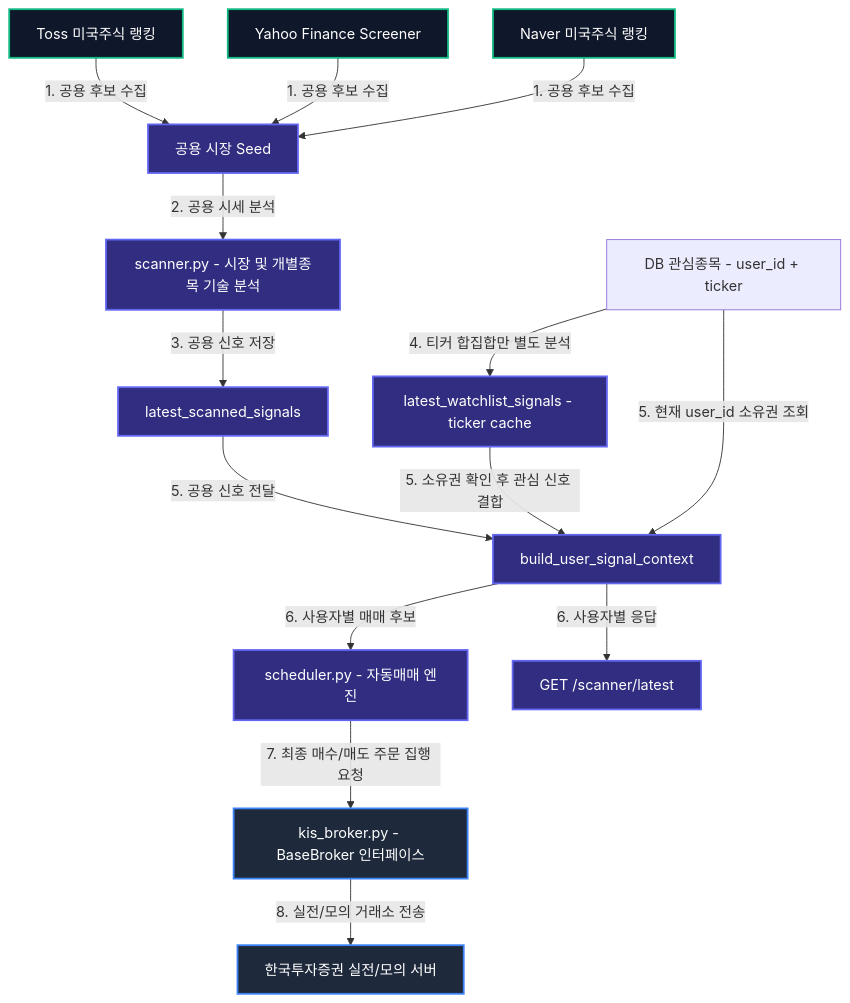
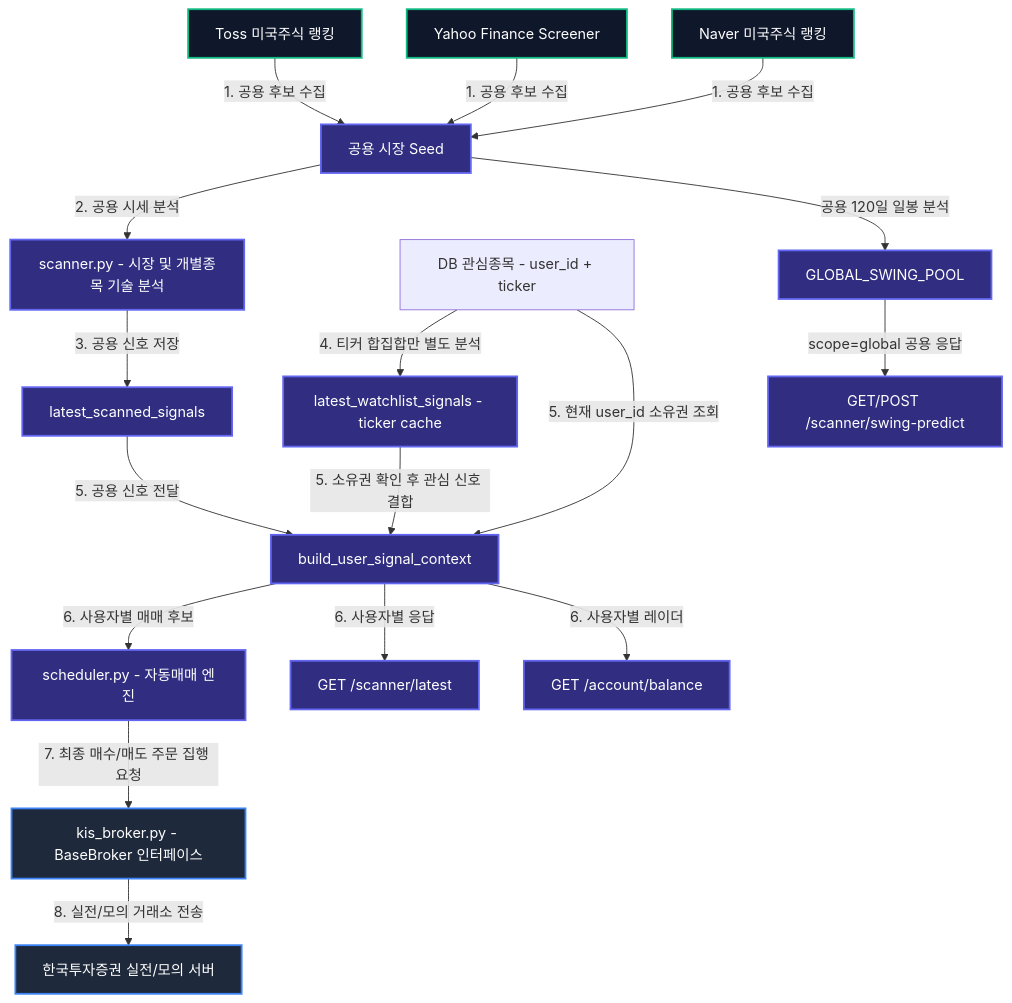
The third of 5 diagrams in docs/SYSTEM_MANUAL.md (CarpediemBDev/stockAuto), drawn with Mermaid before and after one commit. The commit also changed other lines of this file and 21 other files, not shown here.

````diff
--- a/docs/SYSTEM_MANUAL.md
+++ b/docs/SYSTEM_MANUAL.md
@@ -433,53 +433,59 @@
 ```mermaid
 
 graph TD
 
     %% Styling Definitions
 
     classDef kis fill:#1E293B,stroke:#3B82F6,stroke-width:2px,color:#fff;
 
     classDef yf fill:#0F172A,stroke:#10B981,stroke-width:2px,color:#fff;
 
     classDef scan fill:#312E81,stroke:#6366F1,stroke-width:2px,color:#fff;
 
     classDef flow fill:#451A03,stroke:#F59E0B,stroke-width:2px,color:#fff;
 
 
 
     Toss["Toss 미국주식 랭킹"] -->|1. 공용 후보 수집| PublicSeed["공용 시장 Seed"]
 
     YF_Active["Yahoo Finance Screener"] -->|1. 공용 후보 수집| PublicSeed
 
     Naver["Naver 미국주식 랭킹"] -->|1. 공용 후보 수집| PublicSeed
 
     PublicSeed -->|2. 공용 시세 분석| Scanner["scanner.py - 시장 및 개별종목 기술 분석"]
 
     Scanner -->|3. 공용 신호 저장| MarketCache["latest_scanned_signals"]
 
     DB_Watch["DB 관심종목 - user_id + ticker"] -->|4. 티커 합집합만 별도 분석| WatchCache["latest_watchlist_signals - ticker cache"]
 
     DB_Watch -->|5. 현재 user_id 소유권 조회| UserContext["build_user_signal_context"]
 
     MarketCache -->|5. 공용 신호 전달| UserContext
 
     WatchCache -->|5. 소유권 확인 후 관심 신호 결합| UserContext
 
     UserContext -->|6. 사용자별 매매 후보| Scheduler["scheduler.py - 자동매매 엔진"]
 
     UserContext -->|6. 사용자별 응답| ScannerAPI["GET /scanner/latest"]
 
+    UserContext -->|6. 사용자별 레이더| AccountRadar["GET /account/balance"]
+
+    PublicSeed -->|공용 120일 일봉 분석| SwingCache["GLOBAL_SWING_POOL"]
+
+    SwingCache -->|scope=global 공용 응답| SwingAPI["GET/POST /scanner/swing-predict"]
+
     Scheduler -->|7. 최종 매수/매도 주문 집행 요청| KIS_Broker["kis_broker.py - BaseBroker 인터페이스"]
 
     KIS_Broker -->|8. 실전/모의 거래소 전송| KIS_Server["한국투자증권 실전/모의 서버"]
 
 
 
     %% Class Assigns
 
     class KIS_Broker,KIS_Server kis;
 
     class Toss,YF_Active,Naver yf;
 
-    class PublicSeed,Scanner,MarketCache,WatchCache,UserContext,ScannerAPI,Scheduler scan;
+    class PublicSeed,Scanner,MarketCache,WatchCache,UserContext,ScannerAPI,AccountRadar,SwingCache,SwingAPI,Scheduler scan;
 
 ```
````
